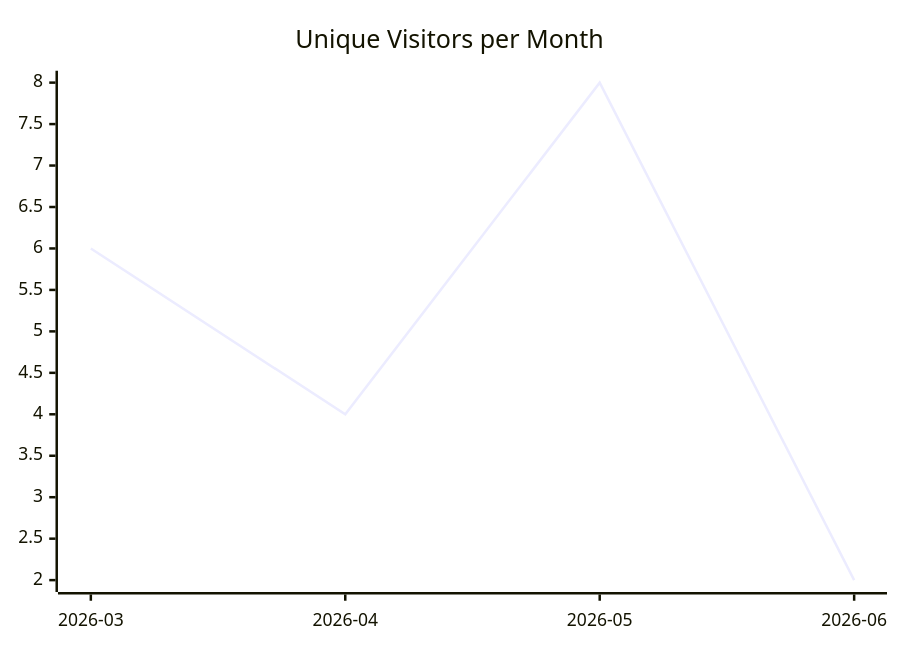
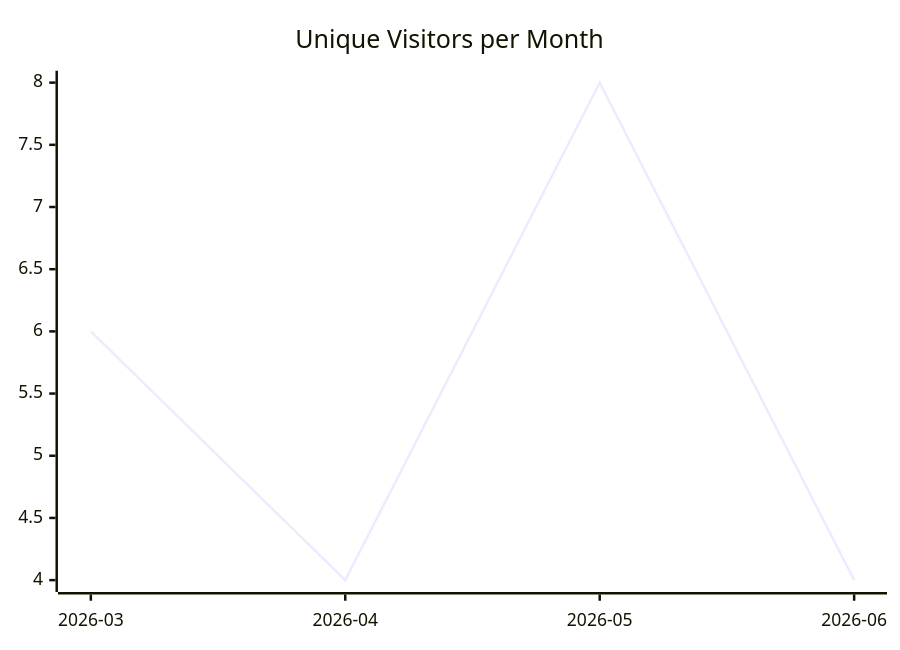
Before and after one commit to justdavis-family/github-analytics-data: the first of 3 diagrams in karlmdavis/xmlpull/README.md, drawn with Mermaid. The commit also changed other lines of this file and 198 other files, not shown here.

````diff
--- a/karlmdavis/xmlpull/README.md
+++ b/karlmdavis/xmlpull/README.md
@@ -5,6 +5,6 @@
 ```mermaid
 xychart-beta
   title "Unique Visitors per Month"
   x-axis ["2026-03", "2026-04", "2026-05", "2026-06"]
-  line [6, 4, 8, 2]
+  line [6, 4, 8, 4]
 ```
````
